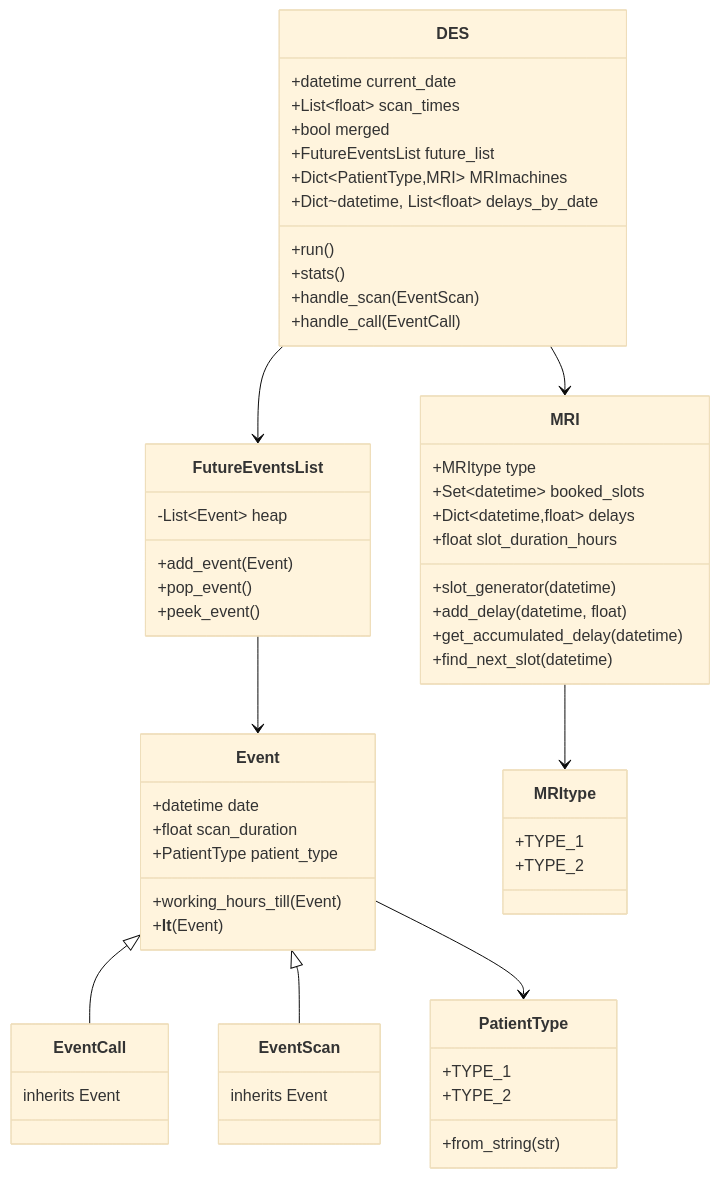
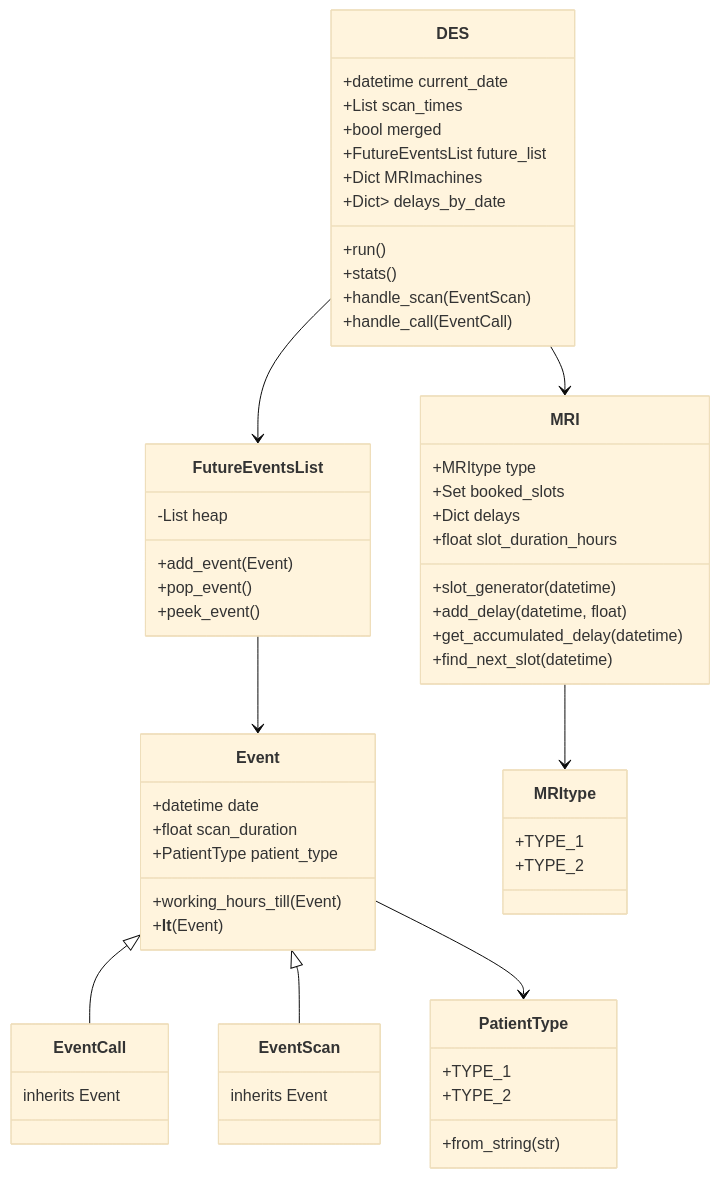
The diagram in README.md (QuinnCuijpers/Computational-Assignment), drawn with Mermaid (base theme) before and after one commit.

Commit message:
changed readme.md to python style type annotations

````diff
--- a/README.md
+++ b/README.md
@@ -10,60 +10,60 @@
 ```mermaid
 classDiagram
 class Event {
 +datetime date
 +float scan_duration
 +PatientType patient_type
 +working_hours_till(Event)
 +__lt__(Event)
 }
 class EventCall {
 inherits Event
 }
 class EventScan {
 inherits Event
 }
 class PatientType {
 +TYPE_1
 +TYPE_2
 +from_string(str)
 }
 class MRItype {
 +TYPE_1
 +TYPE_2
 }
 class MRI {
 +MRItype type
-+Set~datetime~ booked_slots
-+Dict~datetime,float~ delays
++Set<datetime> booked_slots
++Dict<datetime,float> delays
 +float slot_duration_hours
 +slot_generator(datetime)
 +add_delay(datetime, float)
 +get_accumulated_delay(datetime)
 +find_next_slot(datetime)
 }
 class FutureEventsList {
--List~Event~ heap
+-List<Event> heap
 +add_event(Event)
 +pop_event()
 +peek_event()
 }
 class DES {
 +datetime current_date
-+List~float~ scan_times
++List<float> scan_times
 +bool merged
 +FutureEventsList future_list
-+Dict~PatientType,MRI~ MRImachines
-+Dict~datetime, List~float~ delays_by_date
++Dict<PatientType,MRI> MRImachines
++Dict<datetime, List<float>> delays_by_date
 +run()
 +stats()
 +handle_scan(EventScan)
 +handle_call(EventCall)
 }
 Event <|-- EventCall
 Event <|-- EventScan
 Event --> PatientType
 MRI --> MRItype
 DES --> FutureEventsList
 DES --> MRI
 FutureEventsList --> Event
 ```
````
